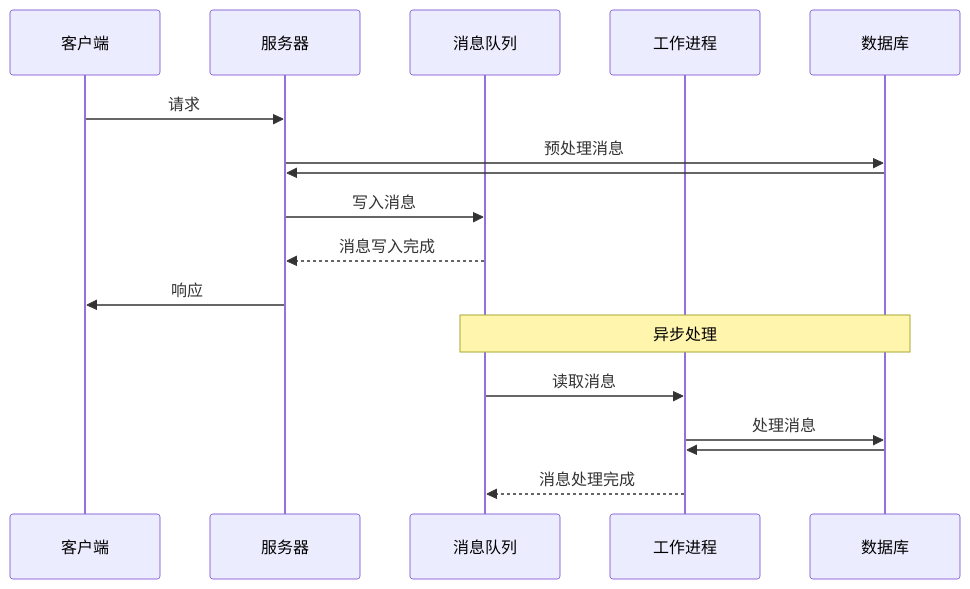
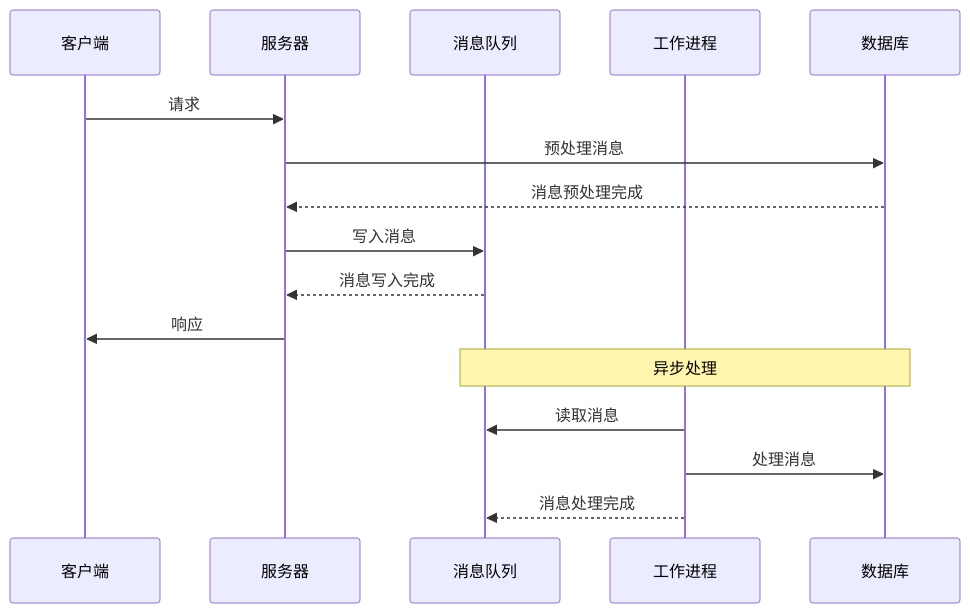
The fifth of 5 diagrams in docs/应用开发/API.md (Juemuren/DevNotes), drawn with Mermaid before and after one commit. The commit also changed other lines of this file and 17 other files, not shown here.

````diff
--- a/docs/应用开发/API.md
+++ b/docs/应用开发/API.md
@@ -176,23 +176,22 @@
 ```mermaid
 sequenceDiagram
   
   participant C as 客户端
   participant S as 服务器
   participant MQ as 消息队列
   participant W as 工作进程
   participant D as 数据库
   
   C ->> S: 请求
   S ->> D: 预处理消息
-  D ->> S:
+  D -->> S: 消息预处理完成
   S ->> MQ: 写入消息
   MQ -->> S: 消息写入完成
   S ->> C: 响应
   
   Note over MQ, D: 异步处理
   
-  MQ ->> W: 读取消息
+  W ->> MQ: 读取消息
   W ->> D: 处理消息
-  D ->> W:
   W -->> MQ: 消息处理完成
 ```
````
